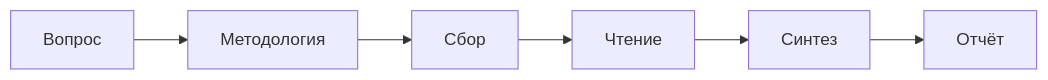
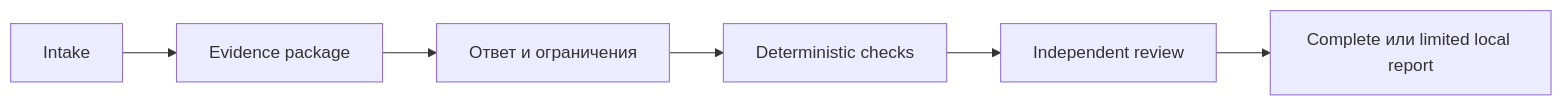
The sixth of 13 diagrams in packages/docs/src/content/docs/ru/docs/reference/workflow-templates.mdx (moira-mcp/moira), drawn with Mermaid before and after one commit. The commit also changed other lines of this file and 13 other files, not shown here.

````diff
--- a/packages/docs/src/content/docs/ru/docs/reference/workflow-templates.mdx
+++ b/packages/docs/src/content/docs/ru/docs/reference/workflow-templates.mdx
@@ -185,4 +185,4 @@
 ```mermaid
 flowchart LR
-    A[Вопрос] --> B[Методология] --> C[Сбор] --> D[Чтение] --> E[Синтез] --> F[Отчёт]
+    A[Intake] --> B[Evidence package] --> C[Ответ и ограничения] --> D[Deterministic checks] --> E[Independent review] --> F[Complete или limited local report]
 ```
````
